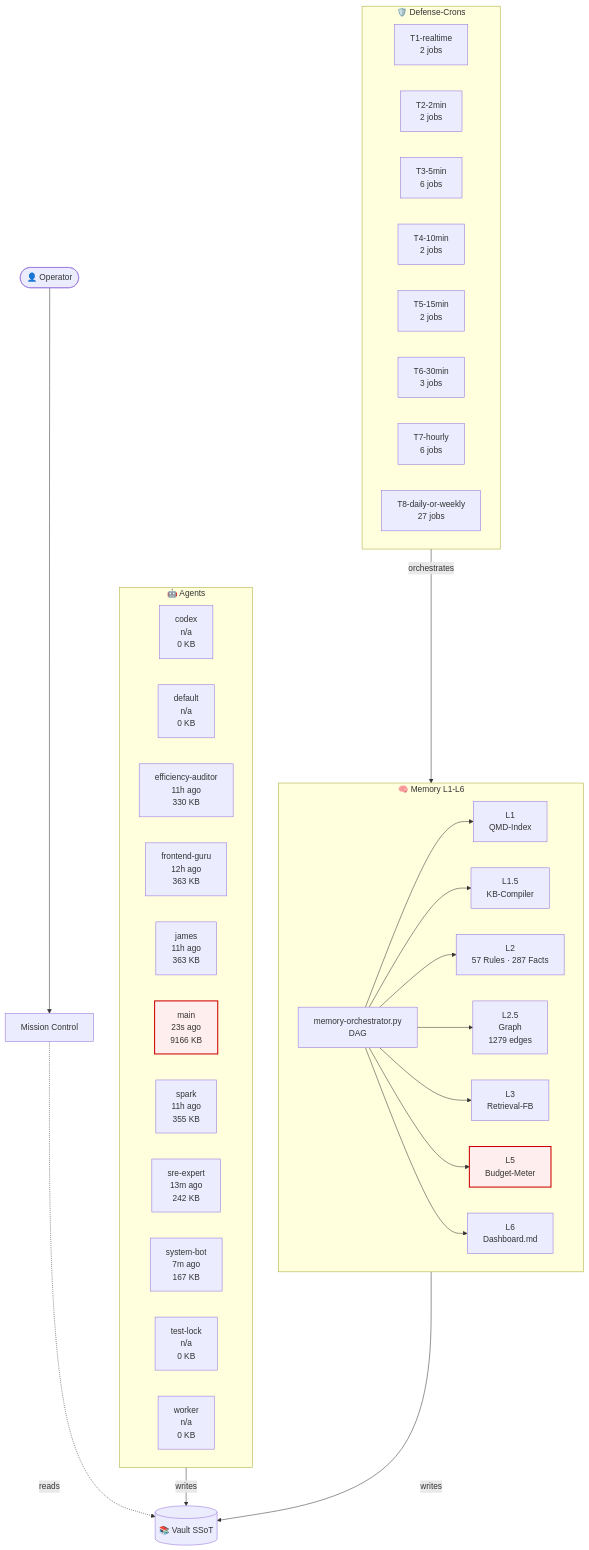
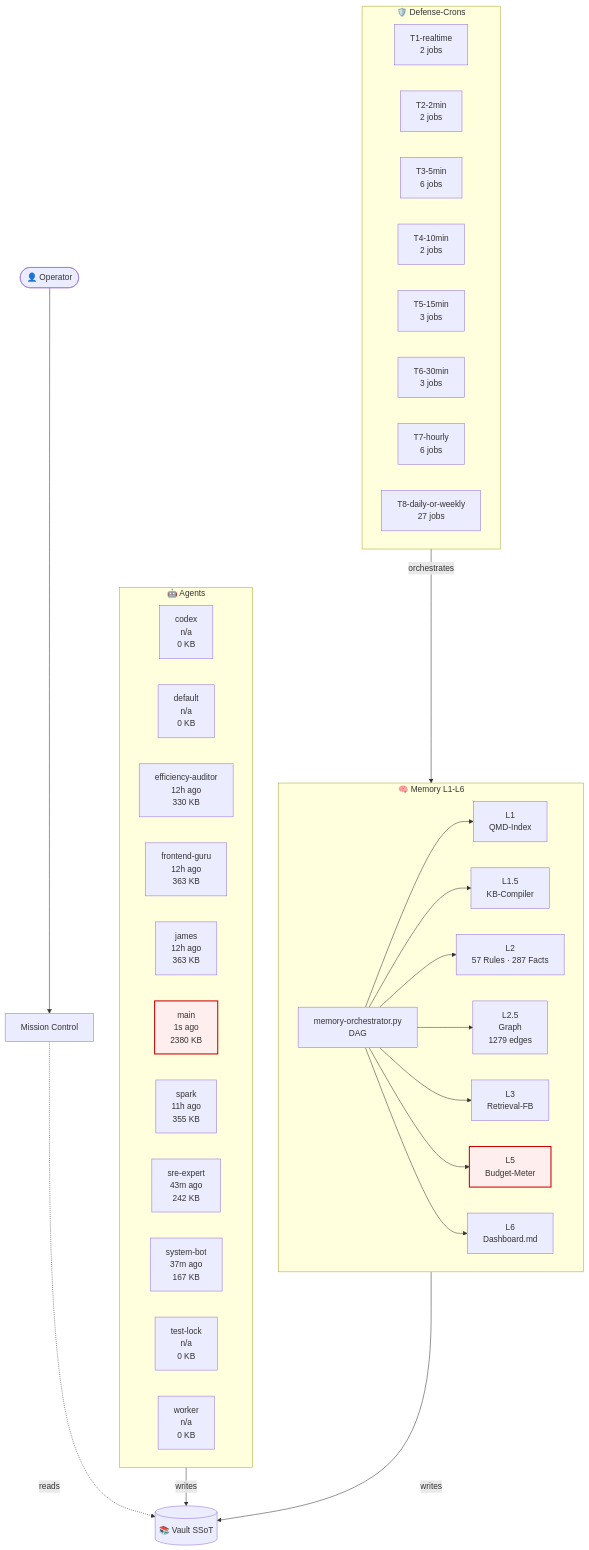
One commit to lenardhuebner88-rgb/openclaw-memory changed the diagram in 03-Agents/architecture-live.md. Above: the diagram before and after it, drawn with Mermaid. The commit also changed other lines of this file and 1 other file, not shown here.

````diff
--- a/03-Agents/architecture-live.md
+++ b/03-Agents/architecture-live.md
@@ -18,54 +18,54 @@
 ```mermaid
 flowchart TB
     classDef critical fill:#fee,stroke:#c00,stroke-width:2px;
     subgraph AGT["🤖 Agents"]
         agent_codex["codex<br/>n/a<br/>0 KB"]
         agent_default["default<br/>n/a<br/>0 KB"]
-        agent_efficiency_auditor["efficiency-auditor<br/>11h ago<br/>330 KB"]
+        agent_efficiency_auditor["efficiency-auditor<br/>12h ago<br/>330 KB"]
         agent_frontend_guru["frontend-guru<br/>12h ago<br/>363 KB"]
-        agent_james["james<br/>11h ago<br/>363 KB"]
-        agent_main["main<br/>23s ago<br/>9166 KB"]
+        agent_james["james<br/>12h ago<br/>363 KB"]
+        agent_main["main<br/>1s ago<br/>2380 KB"]
         agent_spark["spark<br/>11h ago<br/>355 KB"]
-        agent_sre_expert["sre-expert<br/>13m ago<br/>242 KB"]
-        agent_system_bot["system-bot<br/>7m ago<br/>167 KB"]
+        agent_sre_expert["sre-expert<br/>43m ago<br/>242 KB"]
+        agent_system_bot["system-bot<br/>37m ago<br/>167 KB"]
         agent_test_lock["test-lock<br/>n/a<br/>0 KB"]
         agent_worker["worker<br/>n/a<br/>0 KB"]
     end
     subgraph MEM["🧠 Memory L1-L6"]
         L1["L1<br/>QMD-Index"]
         L15["L1.5<br/>KB-Compiler"]
         L2["L2<br/>57 Rules · 287 Facts"]
         L25["L2.5<br/>Graph<br/>1279 edges"]
         L3["L3<br/>Retrieval-FB"]
         L5["L5<br/>Budget-Meter"]
         L6["L6<br/>Dashboard.md"]
         ORCH["memory-orchestrator.py<br/>DAG"]
     end
     subgraph CRN["🛡️ Defense-Crons"]
         tier_T1_realtime["T1-realtime<br/>2 jobs"]
         tier_T2_2min["T2-2min<br/>2 jobs"]
         tier_T3_5min["T3-5min<br/>6 jobs"]
         tier_T4_10min["T4-10min<br/>2 jobs"]
-        tier_T5_15min["T5-15min<br/>2 jobs"]
+        tier_T5_15min["T5-15min<br/>3 jobs"]
         tier_T6_30min["T6-30min<br/>3 jobs"]
         tier_T7_hourly["T7-hourly<br/>6 jobs"]
         tier_T8_daily_or_weekly["T8-daily-or-weekly<br/>27 jobs"]
     end
     VAULT[("📚 Vault SSoT")]
     OP([👤 Operator])
     MC["Mission Control"]
     OP --> MC
     MC -.reads.-> VAULT
     AGT -->|writes| VAULT
     MEM -->|writes| VAULT
     ORCH --> L1
     ORCH --> L15
     ORCH --> L2
     ORCH --> L25
     ORCH --> L3
     ORCH --> L5
     ORCH --> L6
     CRN -->|orchestrates| MEM
     class L5 critical
     class agent_main critical
 ```
````
